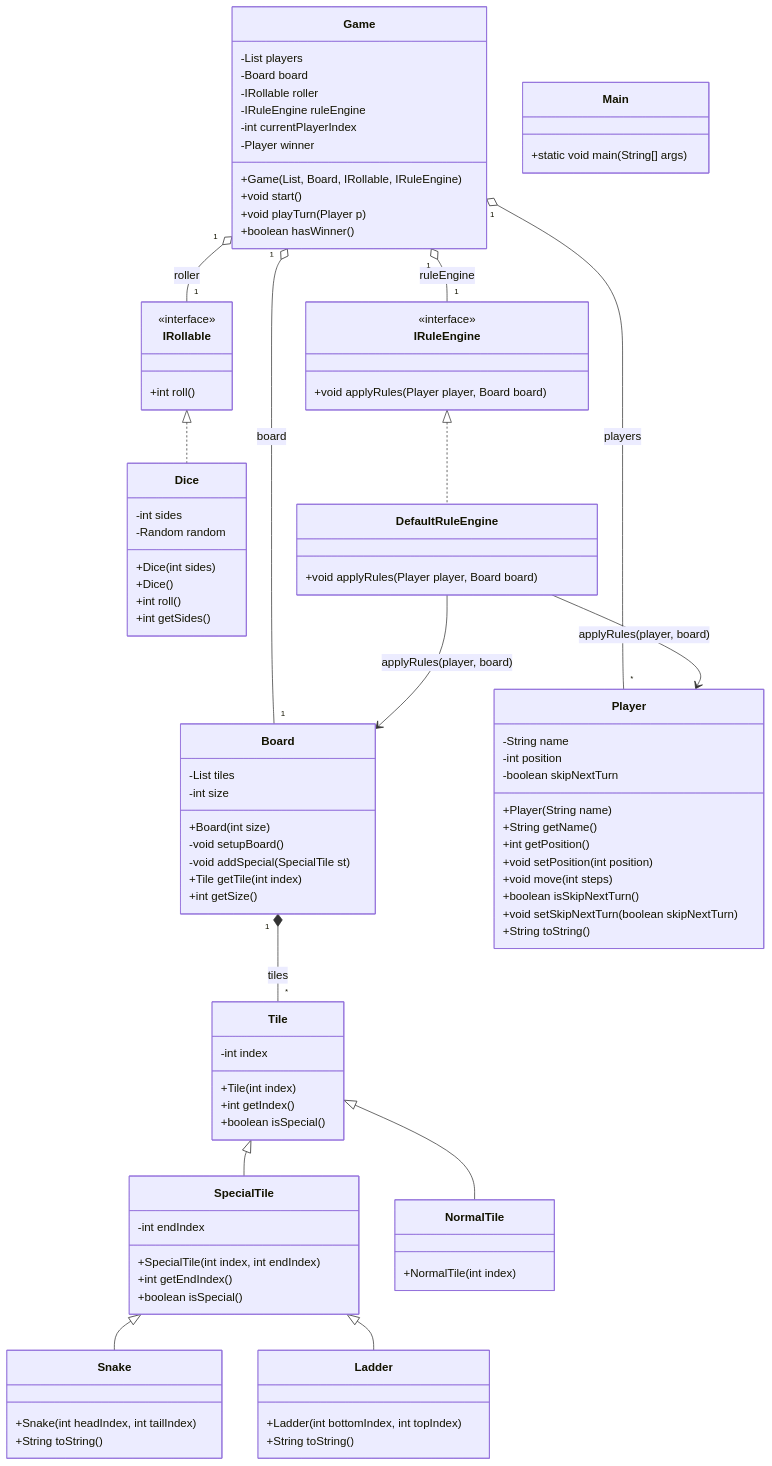
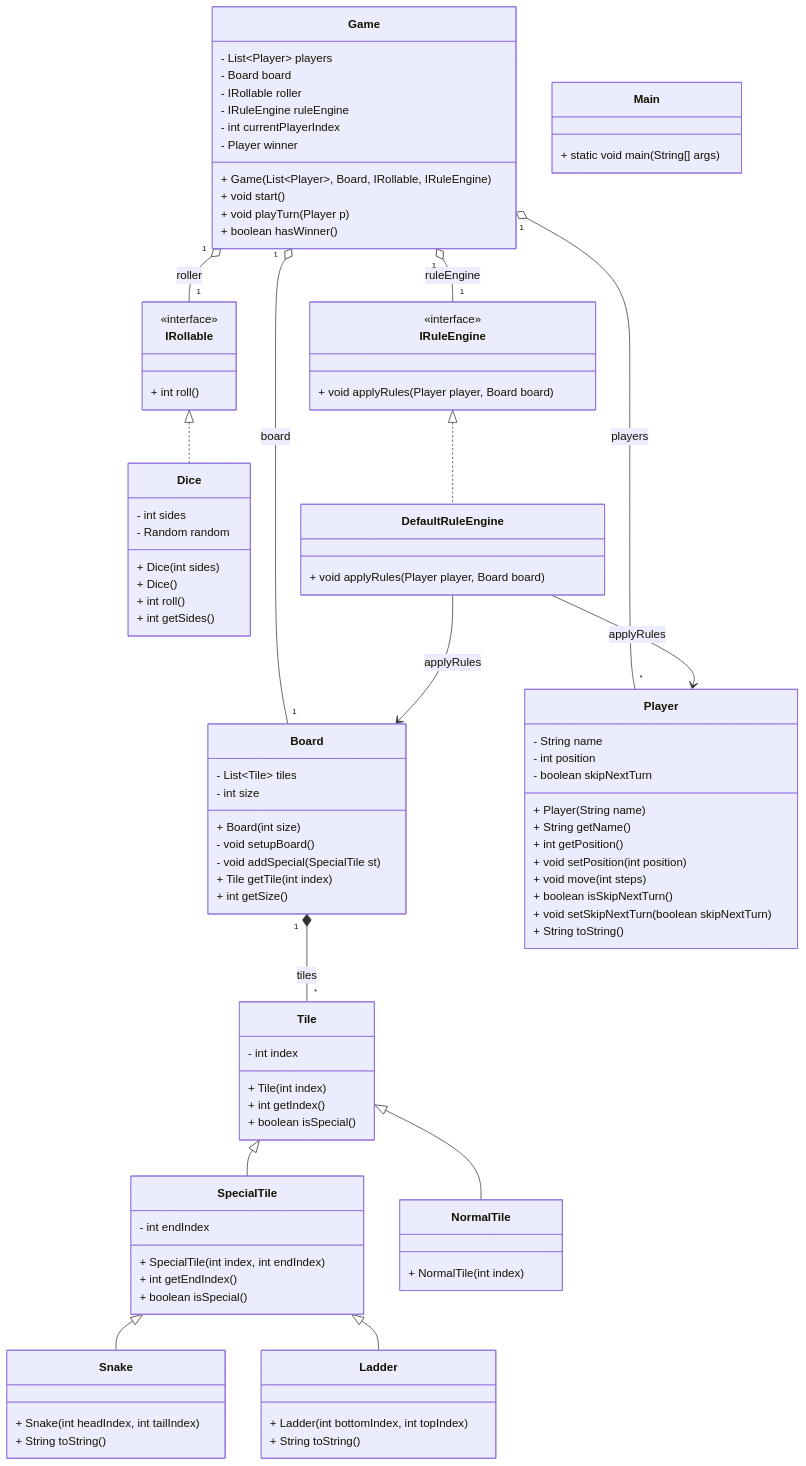
Before and after one commit to purvanshh/Snake_Ladders: the diagram in snakes_ladders/README.md, drawn with Mermaid. The commit also changed other lines of this file, not shown here.

Commit message:
ReadMe Updated

````diff
--- a/snakes_ladders/README.md
+++ b/snakes_ladders/README.md
@@ -27,111 +51,112 @@
 ```mermaid
 classDiagram
-	%% Classes and interfaces
-	class Tile {
-		-int index
-		+Tile(int index)
-		+int getIndex()
-		+boolean isSpecial()
-	}
+    %% === Classes ===
+    class Tile {
+        - int index
+        + Tile(int index)
+        + int getIndex()
+        + boolean isSpecial()
+    }
 
-	class SpecialTile {
-		-int endIndex
-		+SpecialTile(int index, int endIndex)
-		+int getEndIndex()
-		+boolean isSpecial()
-	}
+    class SpecialTile {
+        - int endIndex
+        + SpecialTile(int index, int endIndex)
+        + int getEndIndex()
+        + boolean isSpecial()
+    }
 
-	class NormalTile {
-		+NormalTile(int index)
-	}
+    class NormalTile {
+        + NormalTile(int index)
+    }
 
-	class Snake {
-		+Snake(int headIndex, int tailIndex)
-		+String toString()
-	}
+    class Snake {
+        + Snake(int headIndex, int tailIndex)
+        + String toString()
+    }
 
-	class Ladder {
-		+Ladder(int bottomIndex, int topIndex)
-		+String toString()
-	}
+    class Ladder {
+        + Ladder(int bottomIndex, int topIndex)
+        + String toString()
+    }
 
-	class Board {
-		-List tiles
-		-int size
-		+Board(int size)
-		-void setupBoard()
-		-void addSpecial(SpecialTile st)
-		+Tile getTile(int index)
-		+int getSize()
-	}
+    class Board {
+        - List~Tile~ tiles
+        - int size
+        + Board(int size)
+        - void setupBoard()
+        - void addSpecial(SpecialTile st)
+        + Tile getTile(int index)
+        + int getSize()
+    }
 
-	class Player {
-		-String name
-		-int position
-		-boolean skipNextTurn
-		+Player(String name)
-		+String getName()
-		+int getPosition()
-		+void setPosition(int position)
-		+void move(int steps)
-		+boolean isSkipNextTurn()
-		+void setSkipNextTurn(boolean skipNextTurn)
-		+String toString()
-	}
+    class Player {
+        - String name
+        - int position
+        - boolean skipNextTurn
+        + Player(String name)
+        + String getName()
+        + int getPosition()
+        + void setPosition(int position)
+        + void move(int steps)
+        + boolean isSkipNextTurn()
+        + void setSkipNextTurn(boolean skipNextTurn)
+        + String toString()
+    }
 
-	class IRollable <<interface>> {
-		+int roll()
-	}
+    class IRollable {
+        <<interface>>
+        + int roll()
+    }
 
-	class Dice {
-		-int sides
-		-Random random
-		+Dice(int sides)
-		+Dice()
-		+int roll()
-		+int getSides()
-	}
+    class Dice {
+        - int sides
+        - Random random
+        + Dice(int sides)
+        + Dice()
+        + int roll()
+        + int getSides()
+    }
 
-	class IRuleEngine <<interface>> {
-		+void applyRules(Player player, Board board)
-	}
+    class IRuleEngine {
+        <<interface>>
+        + void applyRules(Player player, Board board)
+    }
 
-	class DefaultRuleEngine {
-		+void applyRules(Player player, Board board)
-	}
+    class DefaultRuleEngine {
+        + void applyRules(Player player, Board board)
+    }
 
-	class Game {
-		-List players
-		-Board board
-		-IRollable roller
-		-IRuleEngine ruleEngine
-		-int currentPlayerIndex
-		-Player winner
-		+Game(List, Board, IRollable, IRuleEngine)
-		+void start()
-		+void playTurn(Player p)
-		+boolean hasWinner()
-	}
+    class Game {
+        - List~Player~ players
+        - Board board
+        - IRollable roller
+        - IRuleEngine ruleEngine
+        - int currentPlayerIndex
+        - Player winner
+        + Game(List~Player~, Board, IRollable, IRuleEngine)
+        + void start()
+        + void playTurn(Player p)
+        + boolean hasWinner()
+    }
 
-	class Main {
-		+static void main(String[] args)
-	}
+    class Main {
+        + static void main(String[] args)
+    }
 
-	%% Inheritance / implementation
-	Tile <|-- SpecialTile
-	Tile <|-- NormalTile
-	SpecialTile <|-- Snake
-	SpecialTile <|-- Ladder
-	IRuleEngine <|.. DefaultRuleEngine
-	IRollable <|.. Dice
+    %% === Inheritance / Implementation ===
+    Tile <|-- SpecialTile
+    Tile <|-- NormalTile
+    SpecialTile <|-- Snake
+    SpecialTile <|-- Ladder
+    IRollable <|.. Dice
+    IRuleEngine <|.. DefaultRuleEngine
 
-	%% Associations
-	Board "1" *-- "*" Tile : tiles
-	Game "1" o-- "*" Player : players
-	Game "1" o-- "1" Board : board
-	Game "1" o-- "1" IRollable : roller
-	Game "1" o-- "1" IRuleEngine : ruleEngine
-	DefaultRuleEngine --> Player : applyRules(player, board)
-	DefaultRuleEngine --> Board : applyRules(player, board)
-
+    %% === Associations ===
+    Board "1" *-- "*" Tile : tiles
+    Game "1" o-- "*" Player : players
+    Game "1" o-- "1" Board : board
+    Game "1" o-- "1" IRollable : roller
+    Game "1" o-- "1" IRuleEngine : ruleEngine
+    DefaultRuleEngine --> Player : applyRules
+    DefaultRuleEngine --> Board : applyRules
 ```
````
